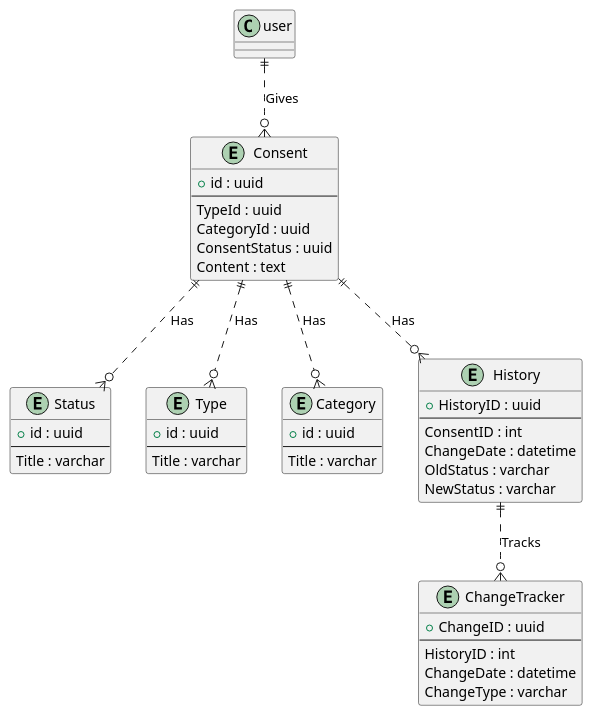
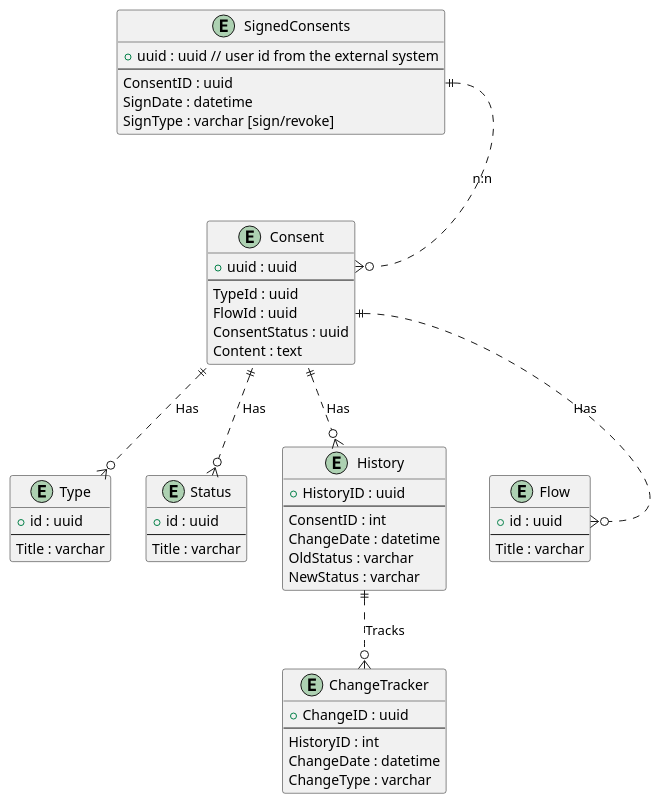
The diagram in docs/er.puml (msfs11/ConsentManager), drawn with PlantUML before and after one commit. The commit also changed 1 other file, not shown here.

```diff
--- a/docs/er.puml
+++ b/docs/er.puml
@@ -1,54 +1,62 @@
 @startuml ER diagram
 
 entity "Consent" as consent {
-  + id : uuid
+  + uuid : uuid
   --
   TypeId : uuid
-  CategoryId : uuid
+  FlowId : uuid
   ConsentStatus : uuid
   Content : text
 }
 
 entity "Status" as status {
   + id : uuid
   --
   Title : varchar
 }
 
 entity "Type" as type {
   + id : uuid
   --
   Title : varchar
 }
 
-entity "Category" as category {
+entity "Flow" as flow {
   + id : uuid
   --
   Title : varchar
 }
 
 entity "History" as history {
   + HistoryID : uuid
   --
   ConsentID : int
   ChangeDate : datetime
   OldStatus : varchar
   NewStatus : varchar
 }
 
 entity "ChangeTracker" as tracker {
   + ChangeID : uuid
   --
   HistoryID : int
   ChangeDate : datetime
   ChangeType : varchar
 }
 
-user ||..o{ consent : Gives
+entity "SignedConsents" as signed {
+  + uuid : uuid // user id from the external system
+  --
+  ConsentID : uuid
+  SignDate : datetime
+  SignType : varchar [sign/revoke]
+}
+
+signed::ConsentID ||..o{ consent::uuid : n:n
 consent ||..o{ history : Has
 consent ||..o{ type : Has
-consent ||..o{ category : Has
+consent::FlowId ||..o{ flow::uuid : Has
 consent ||..o{ status : Has
 history ||..o{ tracker : Tracks
 
 @enduml
```
